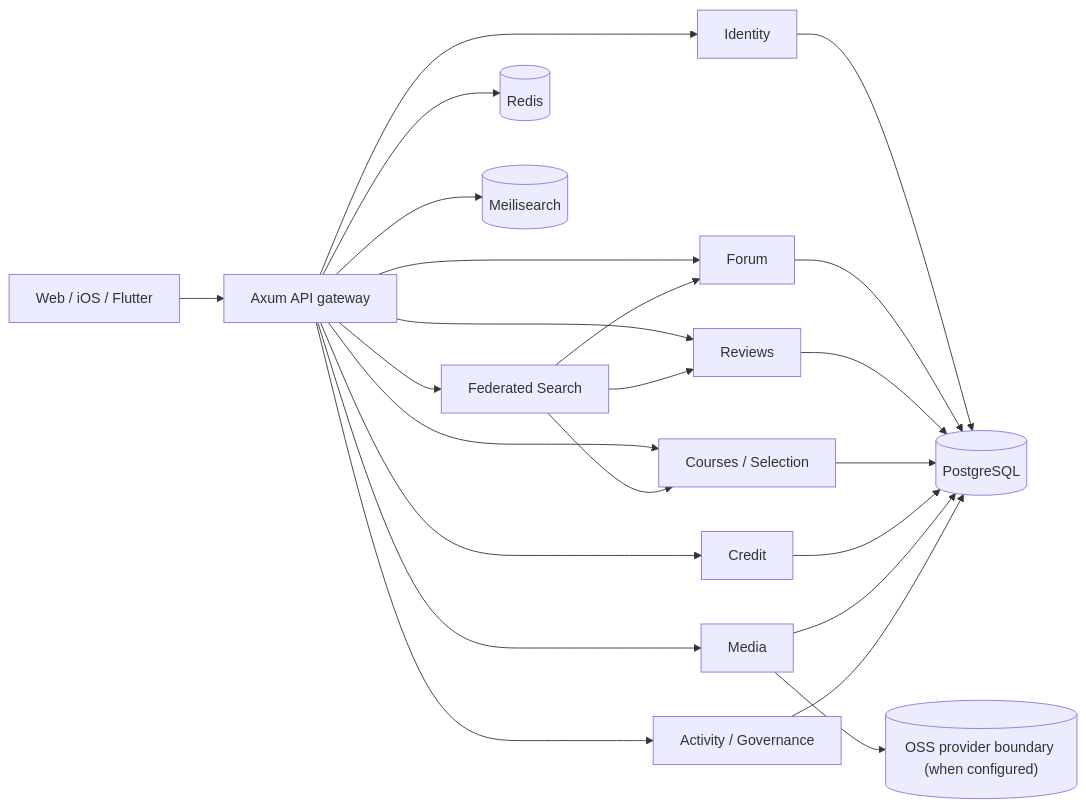
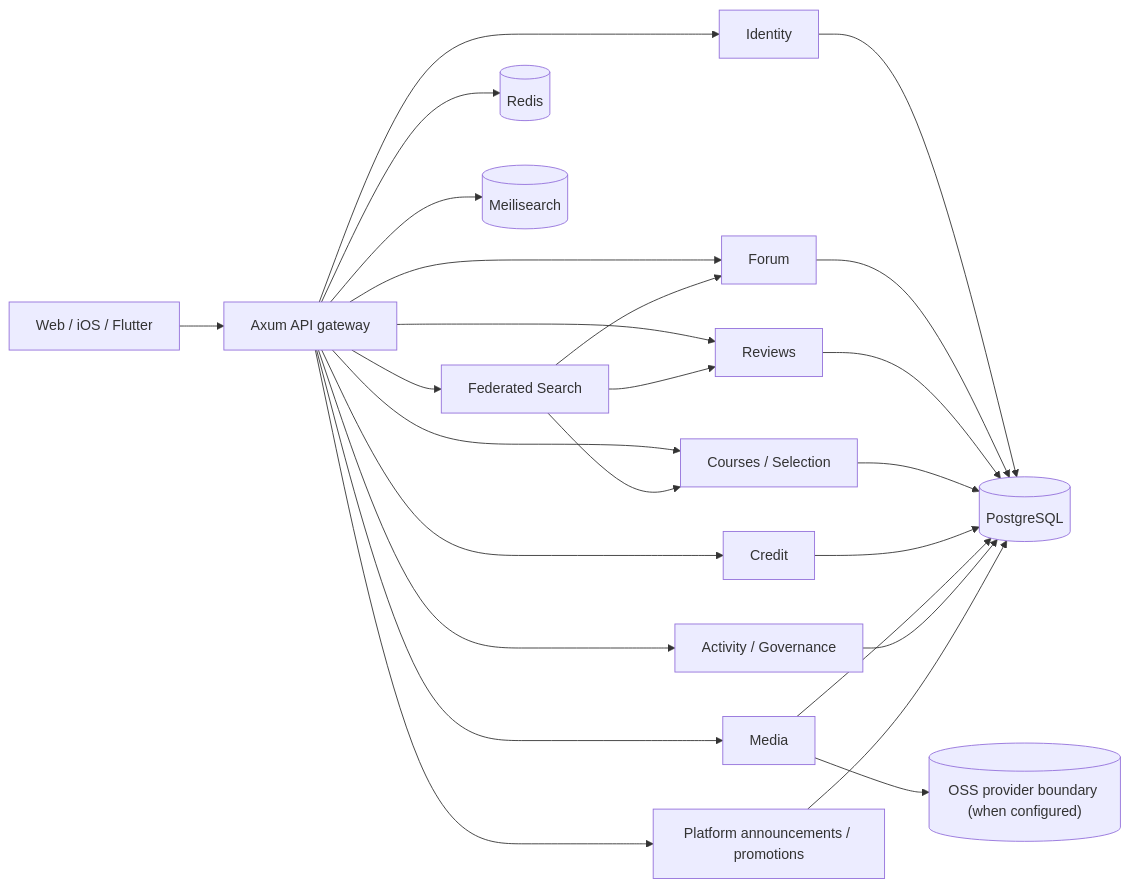
One commit to YourTongji/YourTJ-Platform changed the diagram in docs/architecture/system-overview.md. Above: the diagram before and after it, drawn with Mermaid. The commit also changed other lines of this file and 43 other files, not shown here.

Commit message:
feat(platform): manage announcements and promotions

````diff
--- a/docs/architecture/system-overview.md
+++ b/docs/architecture/system-overview.md
@@ -16,28 +16,30 @@
 ```mermaid
 flowchart LR
     accTitle: YourTJ 当前系统结构
     accDescr: Web 和其他客户端通过 Axum API 访问各领域服务，PostgreSQL 保存业务事实，Redis、Meilisearch 和 OSS 保存可重建投影或媒体对象。
 
     C["Web / iOS / Flutter"] --> A["Axum API gateway"]
     A --> I["Identity"]
     A --> F["Forum"]
     A --> R["Reviews"]
     A --> K["Courses / Selection"]
     A --> P["Credit"]
     A --> M["Media"]
     A --> V["Activity / Governance"]
+    A --> PFM["Platform announcements / promotions"]
     A --> S["Federated Search"]
     I --> DB[("PostgreSQL")]
     F --> DB
     R --> DB
     K --> DB
     P --> DB
     M --> DB
     V --> DB
+    PFM --> DB
     S --> K
     S --> R
     S --> F
     A --> Redis[("Redis")]
     A --> Meili[("Meilisearch")]
     M --> OSS[("OSS provider boundary (when configured)")]
 ```
````
